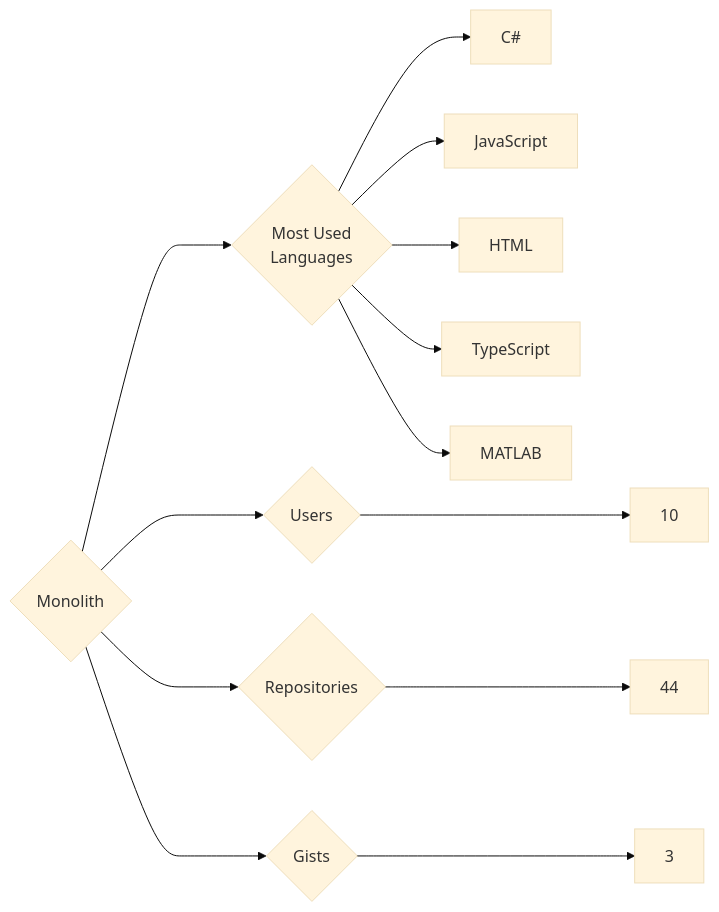
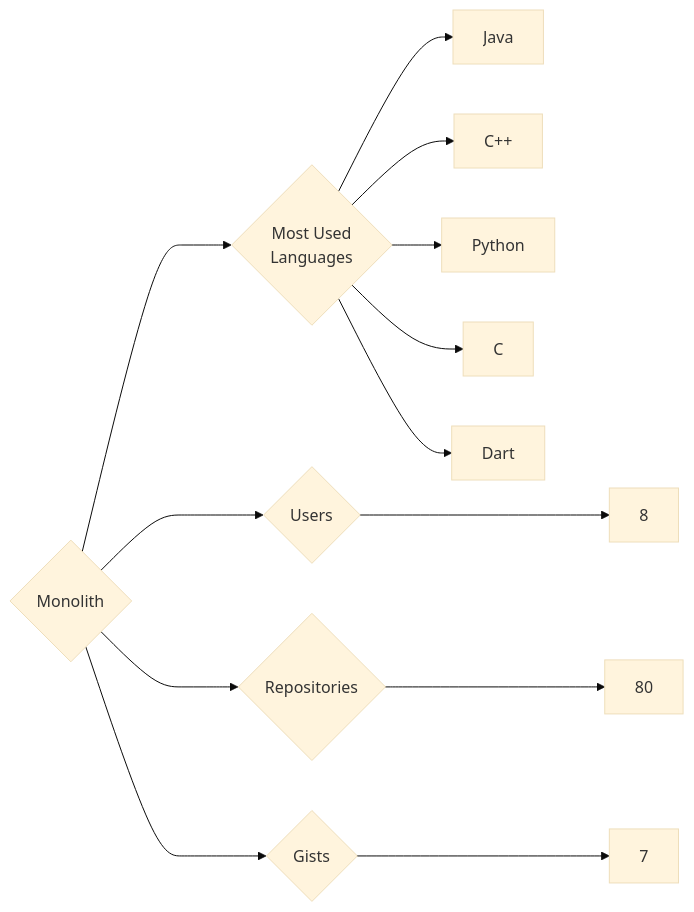
The diagram in targets/Monolith/README.md (trickest/insiders), drawn with Mermaid (base theme) before and after one commit. The commit also changed 1508 other files, not shown here.

````diff
--- a/targets/Monolith/README.md
+++ b/targets/Monolith/README.md
@@ -3,13 +3,13 @@
 ```mermaid
 graph LR
 COMPANY_NAME{Monolith}
-COMPANY_NAME ---> U{Users} ---> UN[10]
-COMPANY_NAME ---> R{Repositories} ---> RN[44]
-COMPANY_NAME ---> G{Gists} ---> GN[3]
+COMPANY_NAME ---> U{Users} ---> UN[8]
+COMPANY_NAME ---> R{Repositories} ---> RN[80]
+COMPANY_NAME ---> G{Gists} ---> GN[7]
 COMPANY_NAME ---> ML{Most Used<br>Languages}
-ML --> C#[C#]
-ML --> JavaScript[JavaScript]
-ML --> HTML[HTML]
-ML --> TypeScript[TypeScript]
-ML --> MATLAB[MATLAB]
+ML --> Java[Java]
+ML --> C++[C++]
+ML --> Python[Python]
+ML --> C[C]
+ML --> Dart[Dart]
 ```
````
